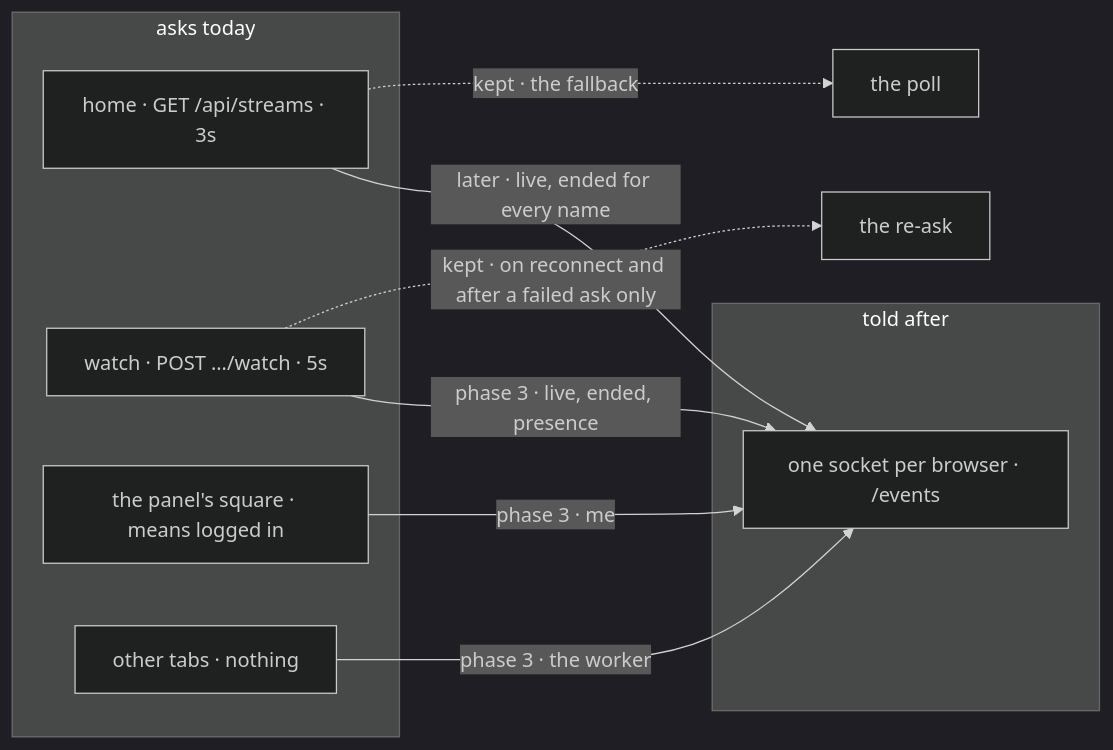
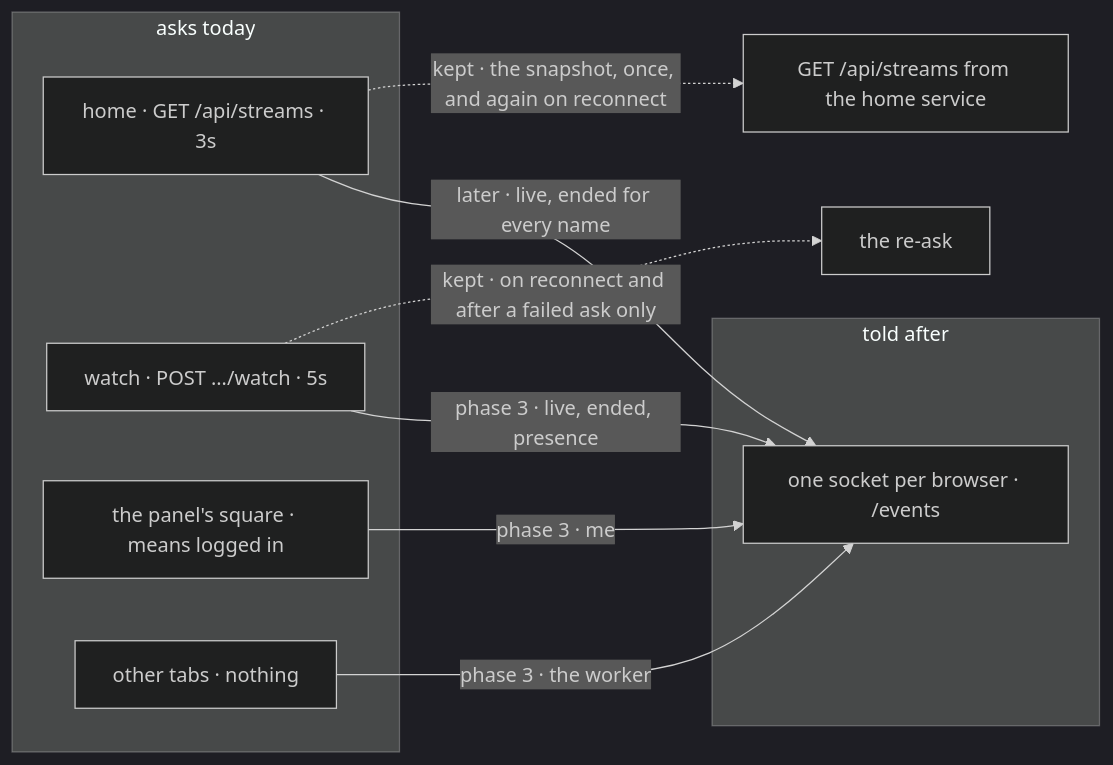
Before and after one commit to ZeroNerodaHero/slop-stream-architecture: the first of 2 diagrams in docs/transition.md, drawn with Mermaid (dark theme). The commit also changed other lines of this file and 62 other files, not shown here.

````diff
--- a/docs/transition.md
+++ b/docs/transition.md
@@ -52,18 +52,18 @@
 ```mermaid
 flowchart LR
   subgraph today["asks today"]
     h["home · GET /api/streams · 3s"]
     w["watch · POST …/watch · 5s"]
     sq["the panel's square · means logged in"]
     tabs["other tabs · nothing"]
   end
   subgraph after["told after"]
     ev["one socket per browser · /events"]
   end
   w -->|"phase 3 · live, ended, presence"| ev
   sq -->|"phase 3 · me"| ev
   tabs -->|"phase 3 · the worker"| ev
   h -->|"later · live, ended for every name"| ev
   w -.->|"kept · on reconnect and after a failed ask only"| wf["the re-ask"]
-  h -.->|"kept · the fallback"| hf["the poll"]
+  h -.->|"kept · the snapshot, once, and again on reconnect"| hf["GET /api/streams from the home service"]
 ```
````
